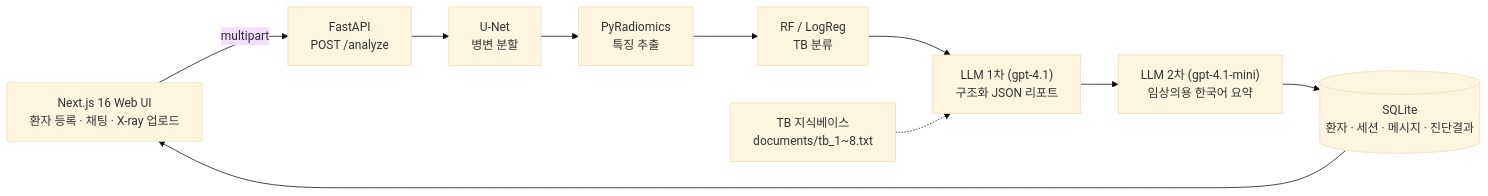
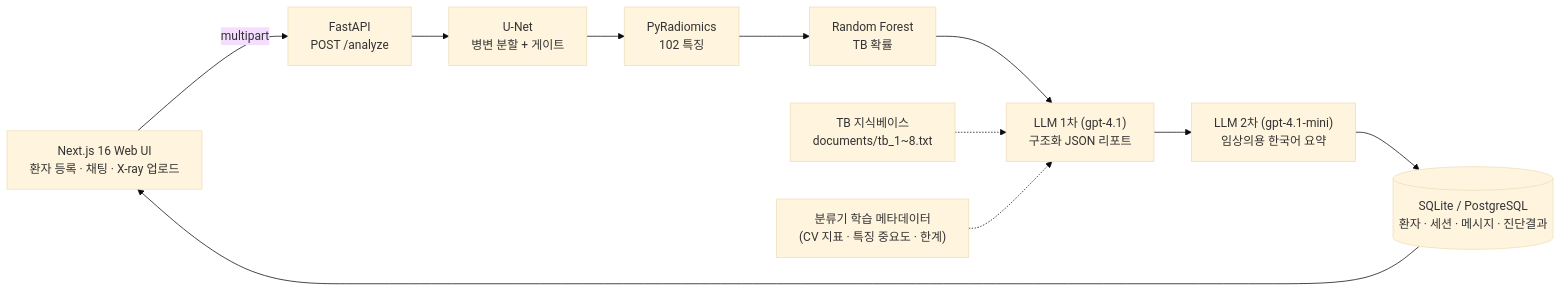
The diagram in README.md (dongramiho/xray-tb-radiomics-llm), drawn with Mermaid (base theme) before and after one commit. The commit also changed other lines of this file and 71 other files, not shown here.

````diff
--- a/README.md
+++ b/README.md
@@ -32,16 +44,18 @@
 ```mermaid
 flowchart LR
     FE["Next.js 16 Web UI<br/>환자 등록 · 채팅 · X-ray 업로드"]
     API["FastAPI<br/>POST /analyze"]
-    SEG["U-Net<br/>병변 분할"]
-    RAD["PyRadiomics<br/>특징 추출"]
-    CLF["RF / LogReg<br/>TB 분류"]
+    SEG["U-Net<br/>병변 분할 + 게이트"]
+    RAD["PyRadiomics<br/>102 특징"]
+    CLF["Random Forest<br/>TB 확률"]
     LLM1["LLM 1차 (gpt-4.1)<br/>구조화 JSON 리포트"]
     LLM2["LLM 2차 (gpt-4.1-mini)<br/>임상의용 한국어 요약"]
-    DB[("SQLite<br/>환자 · 세션 · 메시지 · 진단결과")]
+    DB[("SQLite / PostgreSQL<br/>환자 · 세션 · 메시지 · 진단결과")]
     KB["TB 지식베이스<br/>documents/tb_1~8.txt"]
+    META["분류기 학습 메타데이터<br/>(CV 지표 · 특징 중요도 · 한계)"]
 
     FE -->|multipart| API
     API --> SEG --> RAD --> CLF --> LLM1 --> LLM2 --> DB --> FE
     KB -.-> LLM1
+    META -.-> LLM1
 ```
````
